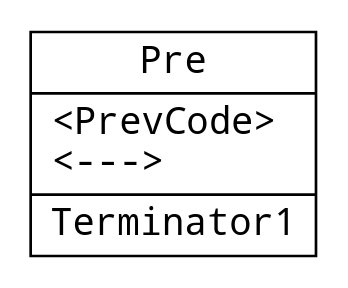
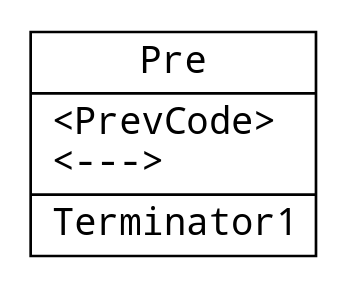
The diagram in assets/irgen/while/pre.dot (cubicap/mgrthesis), drawn with Graphviz before and after one commit. The commit also changed 33 other files, not shown here.

```diff
--- a/assets/irgen/while/pre.dot
+++ b/assets/irgen/while/pre.dot
@@ -1,5 +1,5 @@
 digraph {
   node [shape=record fontname="Noto Mono"];
   edge [fontname="Noto Mono"];
-  block0x55dac4eef5f0 [label="{Pre|\<PrevCode\>\l\<---\>\l|Terminator1}"];
+  block0x55dac4eef5f0 [label="{Pre|\<PrevCode\>\l\<---\>\l|Terminator1\l}"];
 }
```
